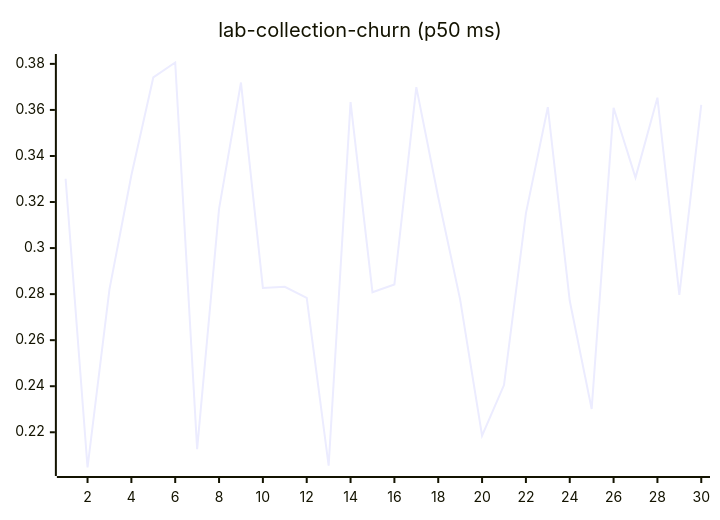
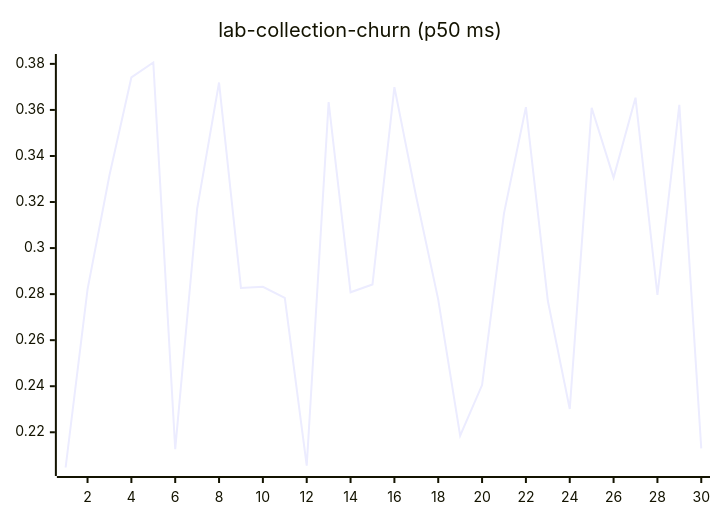
Diagram 11 of 27 in README.md (josha/Facet), drawn with Mermaid before and after one commit. The commit also changed other lines of this file and 2 other files, not shown here.

````diff
--- a/README.md
+++ b/README.md
@@ -133,6 +133,6 @@
 ```mermaid
 xychart-beta
     title "lab-collection-churn (p50 ms)"
     x-axis 1 --> 30
-    line [0.3301, 0.2047, 0.2821, 0.3316, 0.3741, 0.3806, 0.2127, 0.3170, 0.3719, 0.2827, 0.2832, 0.2784, 0.2055, 0.3634, 0.2808, 0.2842, 0.3699, 0.3221, 0.2776, 0.2185, 0.2405, 0.3151, 0.3612, 0.2771, 0.2301, 0.3609, 0.3306, 0.3653, 0.2797, 0.3622]
+    line [0.2047, 0.2821, 0.3316, 0.3741, 0.3806, 0.2127, 0.3170, 0.3719, 0.2827, 0.2832, 0.2784, 0.2055, 0.3634, 0.2808, 0.2842, 0.3699, 0.3221, 0.2776, 0.2185, 0.2405, 0.3151, 0.3612, 0.2771, 0.2301, 0.3609, 0.3306, 0.3653, 0.2797, 0.3622, 0.2130]
 ```
````
